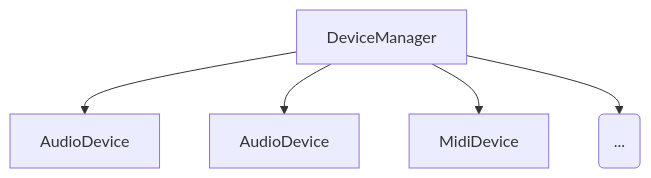
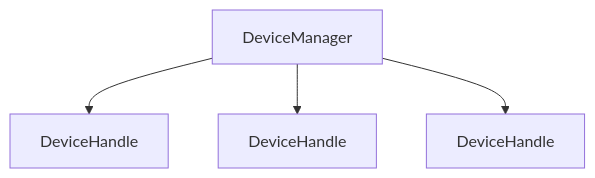
One commit to aidan-clyens/miniaudioengine changed the third of 18 diagrams in docs/DESIGN_DOC.md. Above: the diagram before and after it, drawn with Mermaid. The commit also changed other lines of this file, not shown here.

````diff
--- a/docs/DESIGN_DOC.md
+++ b/docs/DESIGN_DOC.md
@@ -165,10 +165,9 @@
 ```mermaid
 graph TD
 
     DeviceManager
 
-    DeviceManager --> D1["AudioDevice"]
-    DeviceManager --> D2["AudioDevice"]
-    DeviceManager --> D3["MidiDevice"]
-    DeviceManager --> D4("...")
+    DeviceManager --> D1["DeviceHandle"]
+    DeviceManager --> D2["DeviceHandle"]
+    DeviceManager --> D3["DeviceHandle"]
 ```
````
